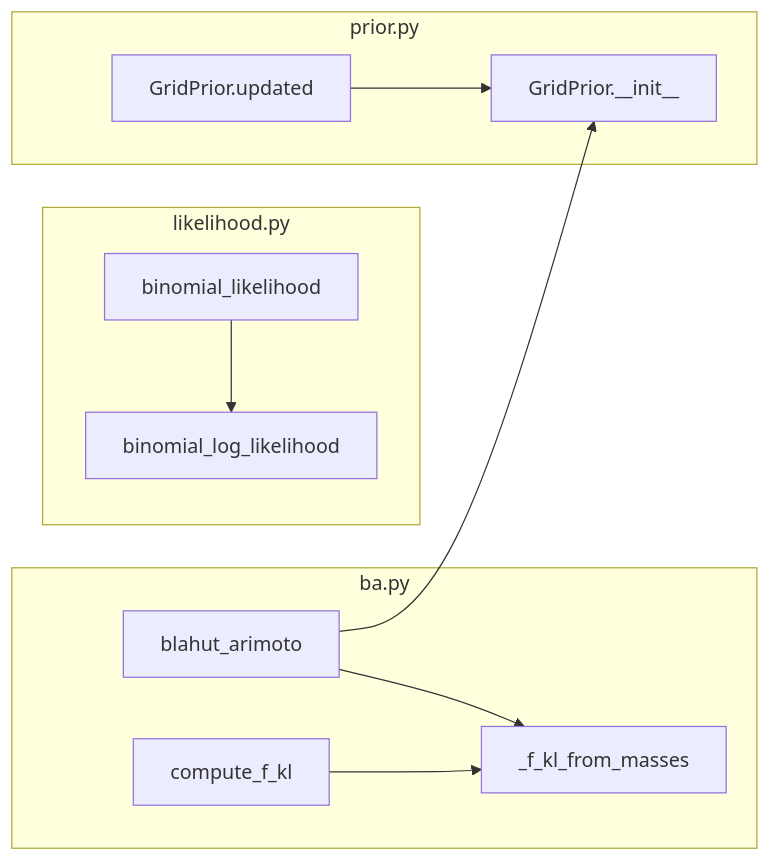
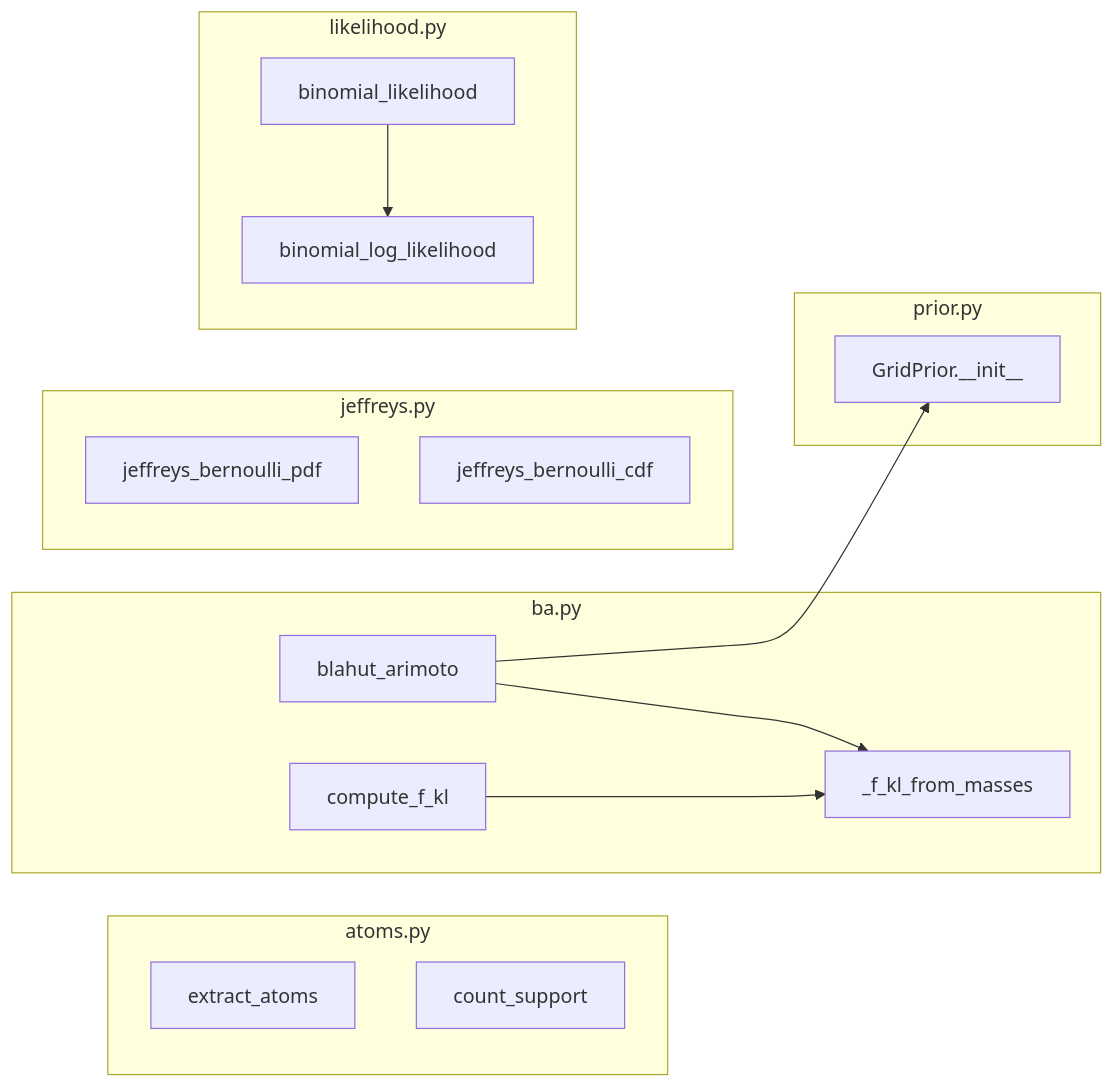
One commit to mihalybanyai/dynamic_infomax changed the first of 2 diagrams in docs/000-static-infomax-fig1/README.md. Above: the diagram before and after it, drawn with Mermaid. The commit also changed other lines of this file and 6 other files, not shown here.

````diff
--- a/docs/000-static-infomax-fig1/README.md
+++ b/docs/000-static-infomax-fig1/README.md
@@ -22,21 +24,27 @@
 ```mermaid
 flowchart LR
+    subgraph atoms["atoms.py"]
+        ast_11bd6dc7["extract_atoms"]
+        ast_58b96031["count_support"]
+    end
     subgraph ba["ba.py"]
-        node_26c33f56["_f_kl_from_masses"]
-        node_9130046b["blahut_arimoto"]
-        node_d9e6f299["compute_f_kl"]
+        node_4a4a0f40["_f_kl_from_masses"]
+        node_575e676e["blahut_arimoto"]
+        node_5c131e50["compute_f_kl"]
+    end
+    subgraph jeffreys["jeffreys.py"]
+        ast_fcc7e3d2["jeffreys_bernoulli_pdf"]
+        ast_9d71ca70["jeffreys_bernoulli_cdf"]
     end
     subgraph likelihood["likelihood.py"]
-        node_a6cf55fa["binomial_likelihood"]
-        node_737b4a31["binomial_log_likelihood"]
+        node_5f744e2d["binomial_likelihood"]
+        node_5d3043e9["binomial_log_likelihood"]
     end
     subgraph prior["prior.py"]
-        node_64a45e98["GridPrior.__init__"]
-        node_6712a076["GridPrior.updated"]
+        node_95457e4e["GridPrior.__init__"]
     end
-    node_9130046b --> node_26c33f56
-    node_9130046b --> node_64a45e98
-    node_d9e6f299 --> node_26c33f56
-    node_a6cf55fa --> node_737b4a31
-    node_6712a076 --> node_64a45e98
+    node_575e676e --> node_4a4a0f40
+    node_575e676e --> node_95457e4e
+    node_5c131e50 --> node_4a4a0f40
+    node_5f744e2d --> node_5d3043e9
 ```
````
